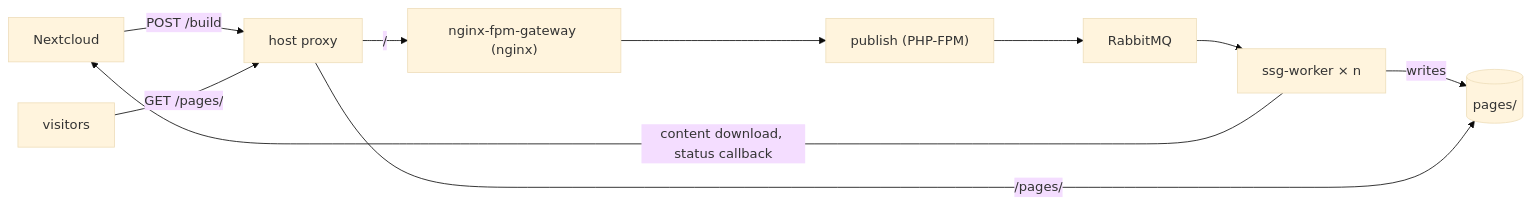
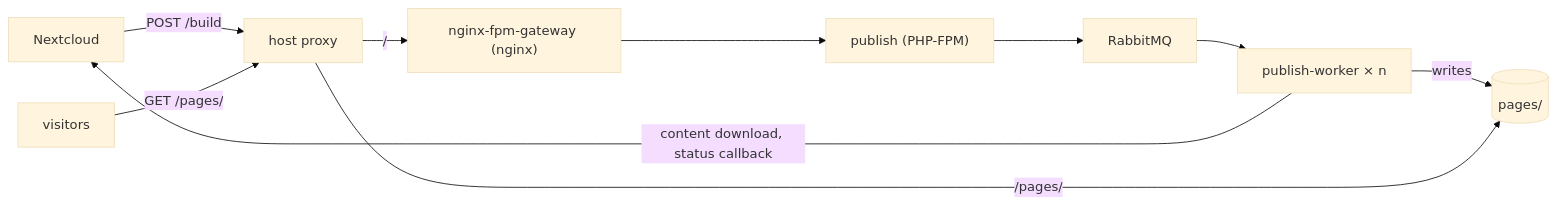
Before and after one commit to nextcloud-publish/publish: the diagram in docs/wiki/How-it-works.md, drawn with Mermaid (base theme). The commit also changed other lines of this file and 22 other files, not shown here.

First line of the commit message:
refactor!: rename ssg-worker to publish-worker

````diff
--- a/docs/wiki/How-it-works.md
+++ b/docs/wiki/How-it-works.md
@@ -6,12 +6,12 @@
 ```mermaid
 flowchart LR
     nextcloud[Nextcloud] -- "POST /build" --> proxy[host proxy]
     visitors[visitors] -- "GET /pages/" --> proxy
     proxy -- "/" --> gateway["nginx-fpm-gateway (nginx)"]
     gateway --> publish["publish (PHP-FPM)"]
     publish --> rabbitmq[RabbitMQ]
-    rabbitmq --> worker["ssg-worker × n"]
+    rabbitmq --> worker["publish-worker × n"]
     worker -- "content download, status callback" --> nextcloud
     worker -- writes --> pages[("pages/")]
     proxy -- "/pages/" --> pages
 ```
````
